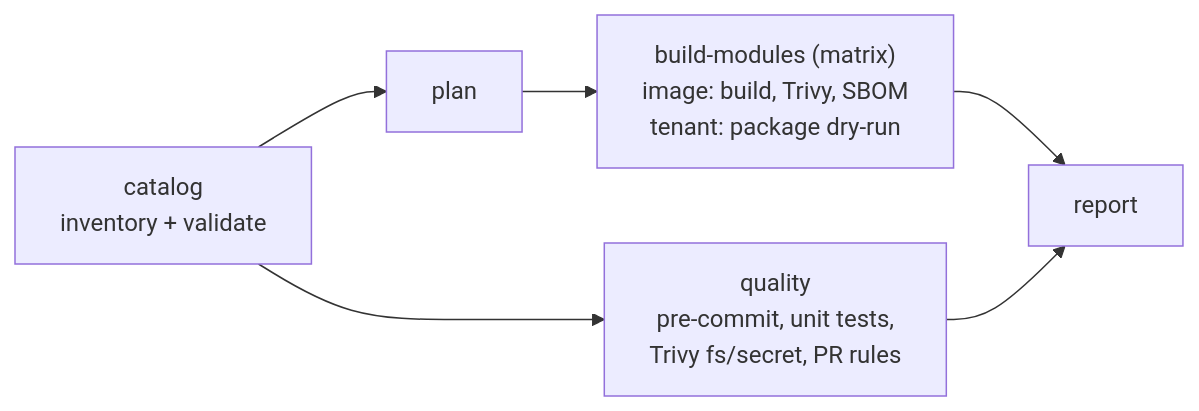
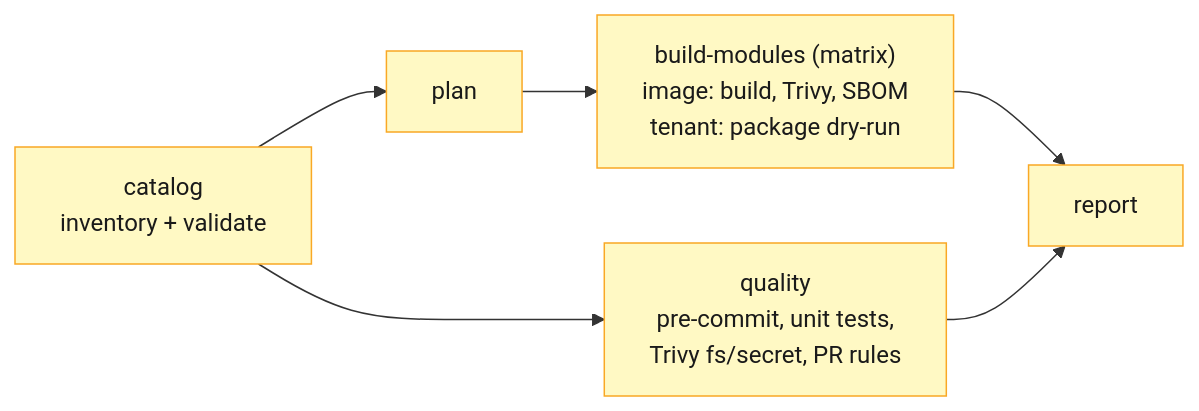
Before and after one commit to varunpathania86/nigu-lite: diagram 15 of 23 in master-plan.md, drawn with Mermaid. The commit also changed other lines of this file and 38 other files, not shown here.

````diff
--- a/master-plan.md
+++ b/master-plan.md
@@ -912,7 +1001,9 @@
 ```mermaid
 flowchart LR
   CAT["catalog<br/>inventory + validate"] --> PLAN[plan]
   PLAN --> MB["build-modules (matrix)<br/>image: build, Trivy, SBOM<br/>tenant: package dry-run"]
   CAT --> QA["quality<br/>pre-commit, unit tests,<br/>Trivy fs/secret, PR rules"]
   MB & QA --> REP["report"]
+  class CAT,PLAN,MB,QA,REP tool
+  classDef tool fill:#fff9c4,stroke:#f9a825,color:#1a1a1a
 ```
````
